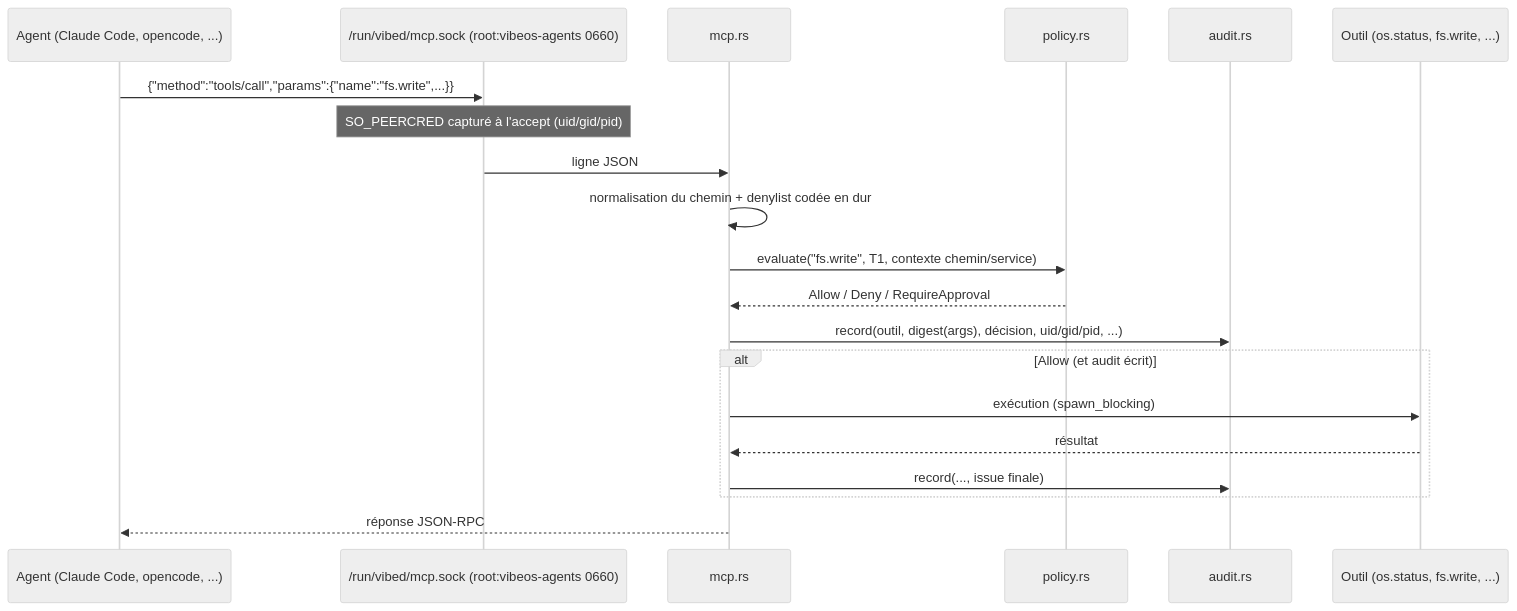
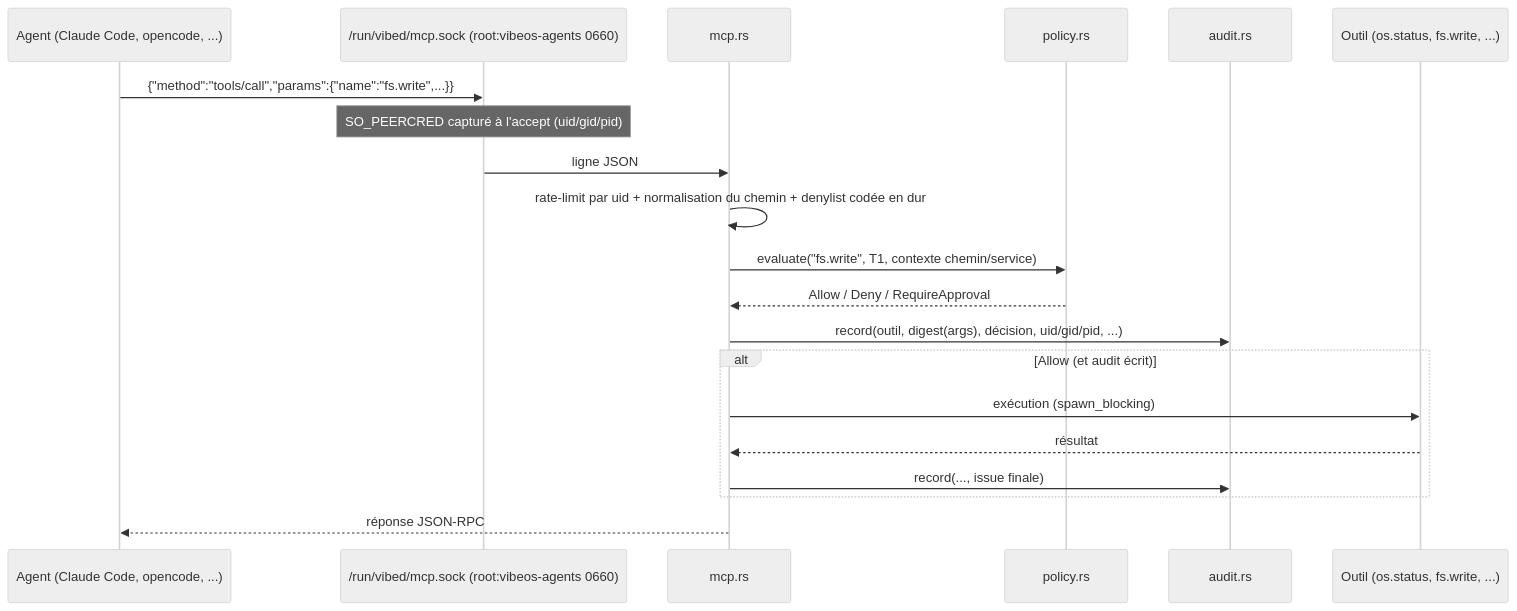
One commit to Micka420-collab/vibeos changed the diagram in vibed/README.md. Above: the diagram before and after it, drawn with Mermaid (neutral theme). The commit also changed other lines of this file, not shown here.

First line of the commit message:
docs(vibed): documenter rate-limit + bornes d'approbation + modules à jour

````diff
--- a/vibed/README.md
+++ b/vibed/README.md
@@ -30,23 +34,23 @@
 ```mermaid
 sequenceDiagram
     participant A as Agent (Claude Code, opencode, ...)
     participant S as /run/vibed/mcp.sock (root:vibeos-agents 0660)
     participant M as mcp.rs
     participant P as policy.rs
     participant L as audit.rs
     participant T as Outil (os.status, fs.write, ...)
 
     A->>S: {"method":"tools/call","params":{"name":"fs.write",...}}
     Note over S: SO_PEERCRED capturé à l'accept (uid/gid/pid)
     S->>M: ligne JSON
-    M->>M: normalisation du chemin + denylist codée en dur
+    M->>M: rate-limit par uid + normalisation du chemin + denylist codée en dur
     M->>P: evaluate("fs.write", T1, contexte chemin/service)
     P-->>M: Allow / Deny / RequireApproval
     M->>L: record(outil, digest(args), décision, uid/gid/pid, ...)
     alt Allow (et audit écrit)
         M->>T: exécution (spawn_blocking)
         T-->>M: résultat
         M->>L: record(..., issue finale)
     end
     M-->>A: réponse JSON-RPC
 ```
````
